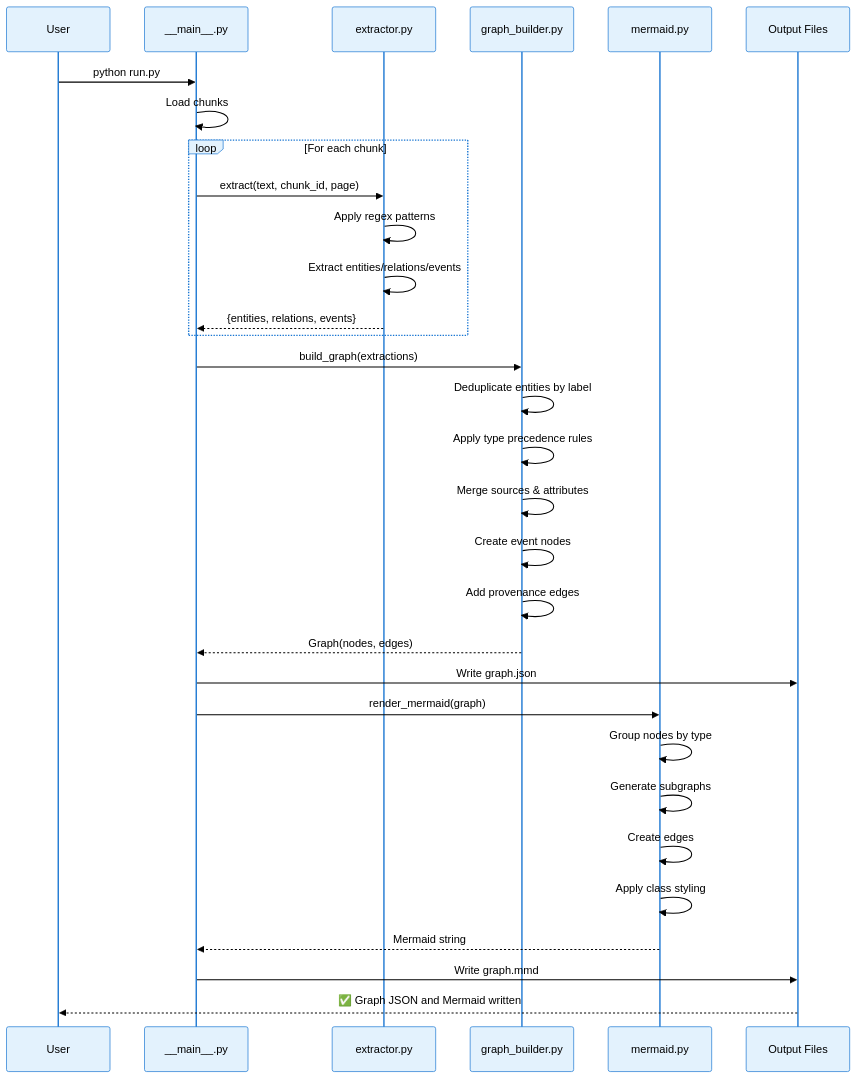
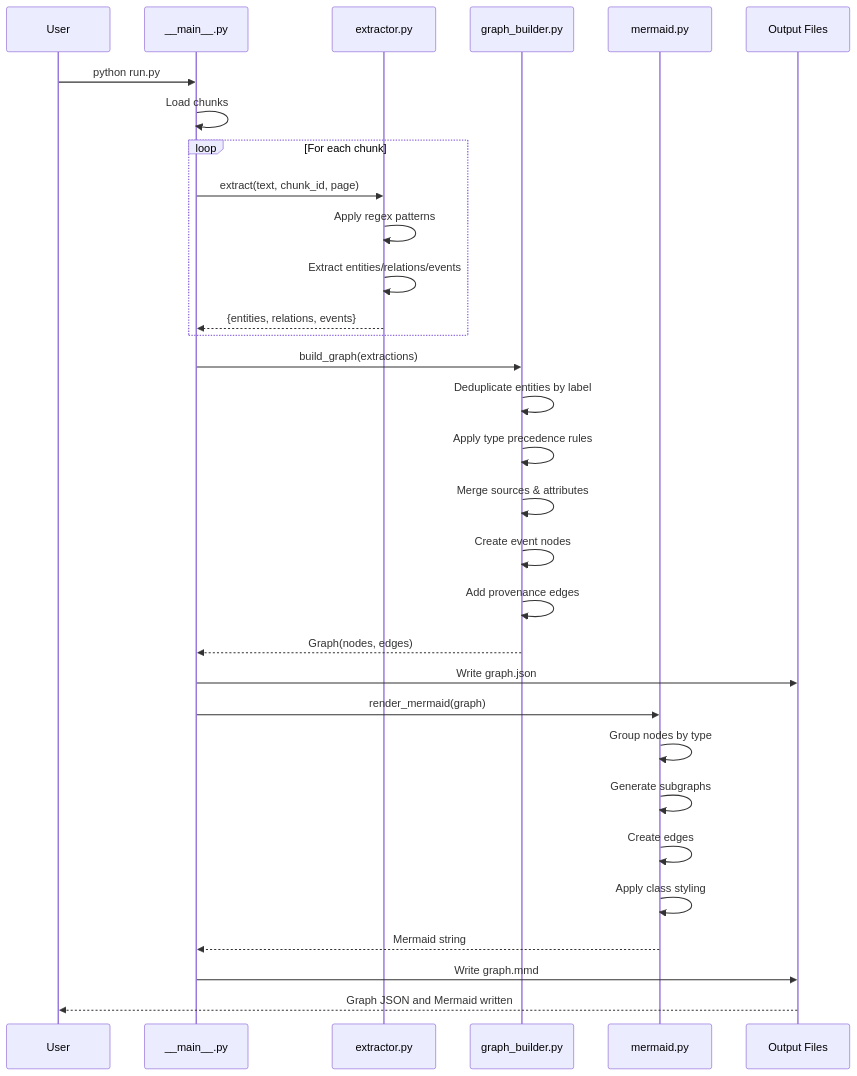
One commit to saikiranpulagalla/graph_builder changed the third of 5 diagrams in README.md. Above: the diagram before and after it, drawn with Mermaid.

````diff
--- a/README.md
+++ b/README.md
@@ -186,39 +186,39 @@
 ```mermaid
-%%{init: {'theme':'base', 'themeVariables': { 'primaryColor':'#e3f2fd','primaryTextColor':'#000','primaryBorderColor':'#1976d2','lineColor':'#1976d2','secondaryColor':'#f3e5f5','tertiaryColor':'#e8f5e9'}}}%%
 sequenceDiagram
     participant User
     participant Main as __main__.py
     participant Ext as extractor.py
     participant Build as graph_builder.py
     participant Merm as mermaid.py
     participant Files as Output Files
     
     User->>Main: python run.py
     Main->>Main: Load chunks
     
     loop For each chunk
         Main->>Ext: extract(text, chunk_id, page)
         Ext->>Ext: Apply regex patterns
         Ext->>Ext: Extract entities/relations/events
         Ext-->>Main: {entities, relations, events}
     end
     
     Main->>Build: build_graph(extractions)
     Build->>Build: Deduplicate entities by label
     Build->>Build: Apply type precedence rules
     Build->>Build: Merge sources & attributes
     Build->>Build: Create event nodes
     Build->>Build: Add provenance edges
     Build-->>Main: Graph(nodes, edges)
     
     Main->>Files: Write graph.json
     Main->>Merm: render_mermaid(graph)
     Merm->>Merm: Group nodes by type
     Merm->>Merm: Generate subgraphs
     Merm->>Merm: Create edges
     Merm->>Merm: Apply class styling
     Merm-->>Main: Mermaid string
     Main->>Files: Write graph.mmd
     
-    Files-->>User: ✅ Graph JSON and Mermaid written
+    Files-->>User: Graph JSON and Mermaid written
+
 ```
````
